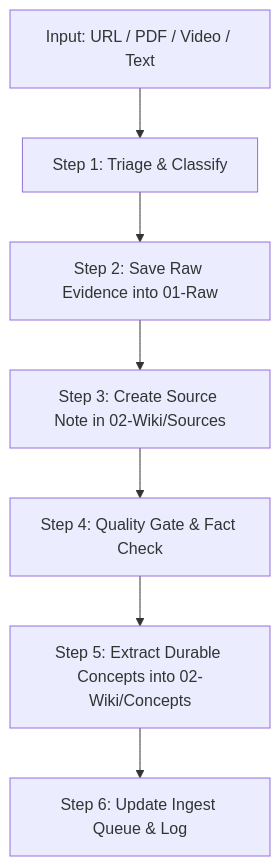
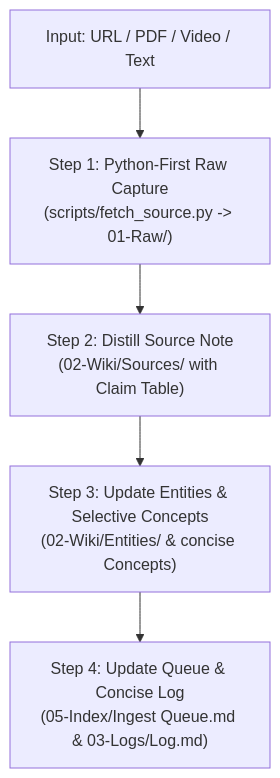
The diagram in .claude/skills/ingest/SKILL.md (Migchw/llm-wiki-starter), drawn with Mermaid before and after one commit. The commit also changed other lines of this file and 6 other files, not shown here.

Commit message:
feat(ingest): implement Python-first tiered fetcher and lean single-pass ingestion

````diff
--- a/.claude/skills/ingest/SKILL.md
+++ b/.claude/skills/ingest/SKILL.md
@@ -16,9 +14,7 @@
 ```mermaid
 flowchart TD
-    A[Input: URL / PDF / Video / Text] --> B[Step 1: Triage & Classify]
-    B --> C[Step 2: Save Raw Evidence into 01-Raw]
-    C --> D[Step 3: Create Source Note in 02-Wiki/Sources]
-    D --> E[Step 4: Quality Gate & Fact Check]
-    E --> F[Step 5: Extract Durable Concepts into 02-Wiki/Concepts]
-    F --> G[Step 6: Update Ingest Queue & Log]
+    A["Input: URL / PDF / Video / Text"] --> B["Step 1: Python-First Raw Capture<br/>(scripts/fetch_source.py -> 01-Raw/)"]
+    B --> C["Step 2: Distill Source Note<br/>(02-Wiki/Sources/ with Claim Table)"]
+    C --> D["Step 3: Update Entities & Selective Concepts<br/>(02-Wiki/Entities/ & concise Concepts)"]
+    D --> E["Step 4: Update Queue & Concise Log<br/>(05-Index/Ingest Queue.md & 03-Logs/Log.md)"]
 ```
````
